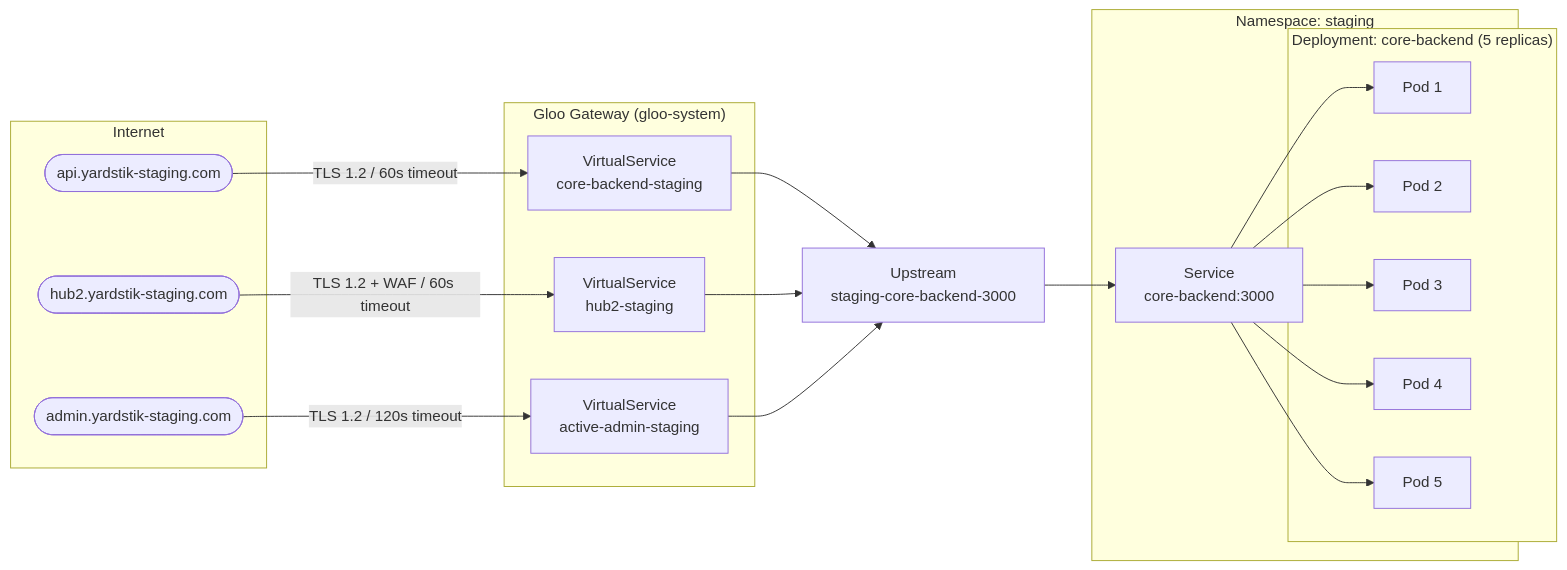
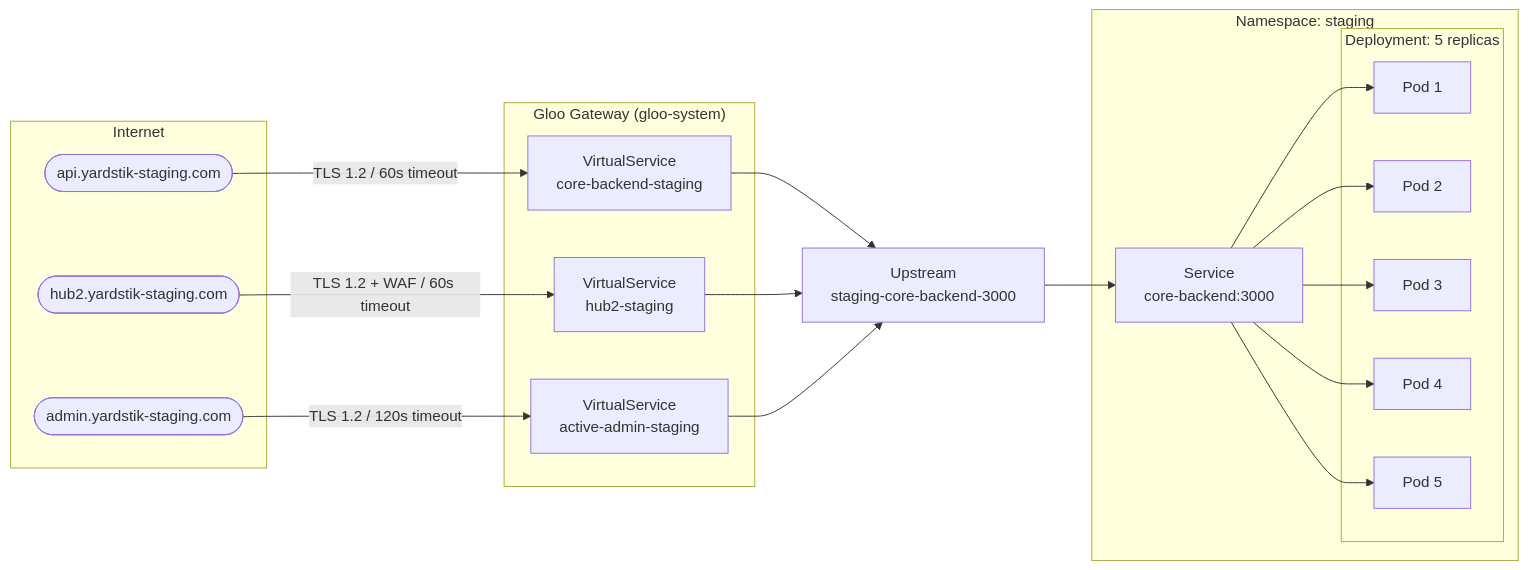
One commit to skylukas1/Diagrams changed the first of 3 diagrams in core.backend.md. Above: the diagram before and after it, drawn with Mermaid. The commit also changed other lines of this file, not shown here.

First line of the commit message:
Revise core.backend.md for staging deployment

````diff
--- a/core.backend.md
+++ b/core.backend.md
@@ -32,40 +24,40 @@
 ```mermaid
 graph LR
     subgraph Internet
         C1([api.yardstik-staging.com])
         C2([hub2.yardstik-staging.com])
         C3([admin.yardstik-staging.com])
     end
 
     subgraph "Gloo Gateway (gloo-system)"
         VS1["VirtualService<br/>core-backend-staging"]
         VS2["VirtualService<br/>hub2-staging"]
         VS3["VirtualService<br/>active-admin-staging"]
     end
 
     UP["Upstream<br/>staging-core-backend-3000"]
 
     subgraph "Namespace: staging"
         SVC["Service<br/>core-backend:3000"]
-        subgraph "Deployment: core-backend (5 replicas)"
+        subgraph "Deployment: 5 replicas"
             P1[Pod 1]
             P2[Pod 2]
             P3[Pod 3]
             P4[Pod 4]
             P5[Pod 5]
         end
     end
 
     C1 -->|"TLS 1.2 / 60s timeout"| VS1
     C2 -->|"TLS 1.2 + WAF / 60s timeout"| VS2
     C3 -->|"TLS 1.2 / 120s timeout"| VS3
     VS1 --> UP
     VS2 --> UP
     VS3 --> UP
     UP --> SVC
     SVC --> P1
     SVC --> P2
     SVC --> P3
     SVC --> P4
     SVC --> P5
 ```
````
